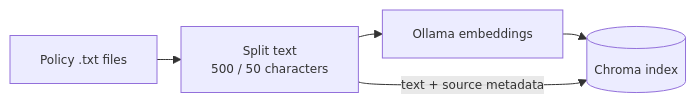
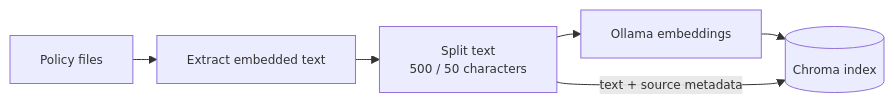
One commit to hfa-ny/RAG__demo changed the second of 4 diagrams in readme.md. Above: the diagram before and after it, drawn with Mermaid. The commit also changed other lines of this file and 21 other files, not shown here.

````diff
--- a/readme.md
+++ b/readme.md
@@ -81,8 +81,9 @@
 ```mermaid
 %%{init: {"themeVariables": {"fontSize": "12px"}, "flowchart": {"nodeSpacing": 16, "rankSpacing": 24}}}%%
 flowchart LR
-    D["Policy .txt files"] --> S["Split text<br/>500 / 50 characters"]
+    D["Policy files"] --> X["Extract embedded text"]
+    X --> S["Split text<br/>500 / 50 characters"]
     S --> E["Ollama embeddings"]
     E --> V[("Chroma index")]
     S -->|"text + source metadata"| V
 ```
````
